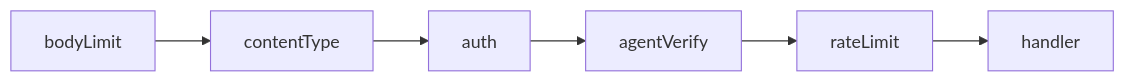
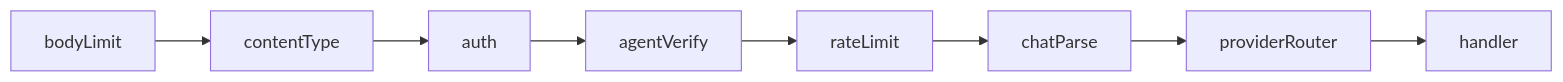
Before and after one commit to Rick1330/ibex-harness: the diagram in web/content/docs/proxy/request-routing.mdx, drawn with Mermaid. The commit also changed other lines of this file and 15 other files, not shown here.

````diff
--- a/web/content/docs/proxy/request-routing.mdx
+++ b/web/content/docs/proxy/request-routing.mdx
@@ -34,8 +34,10 @@
 ```mermaid
 flowchart LR
   BL[bodyLimit] --> CT[contentType]
   CT --> AU[auth]
   AU --> AG[agentVerify]
   AG --> RL[rateLimit]
-  RL --> H[handler]
+  RL --> CP[chatParse]
+  CP --> PR[providerRouter]
+  PR --> H[handler]
 ```
````
